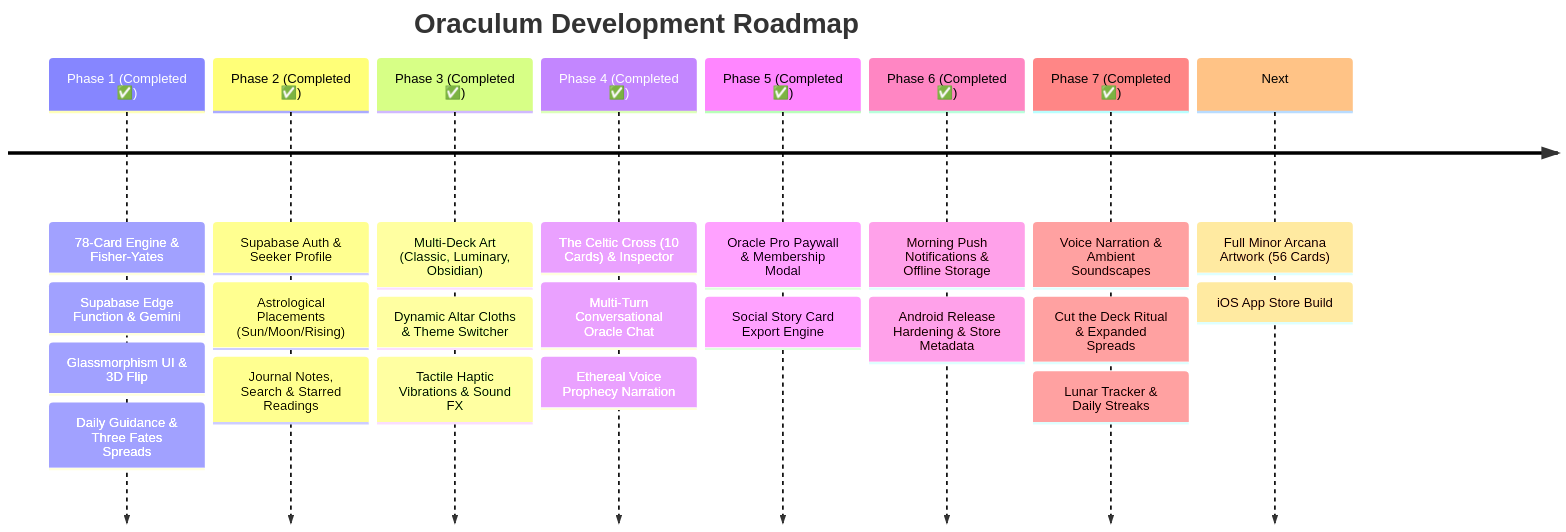
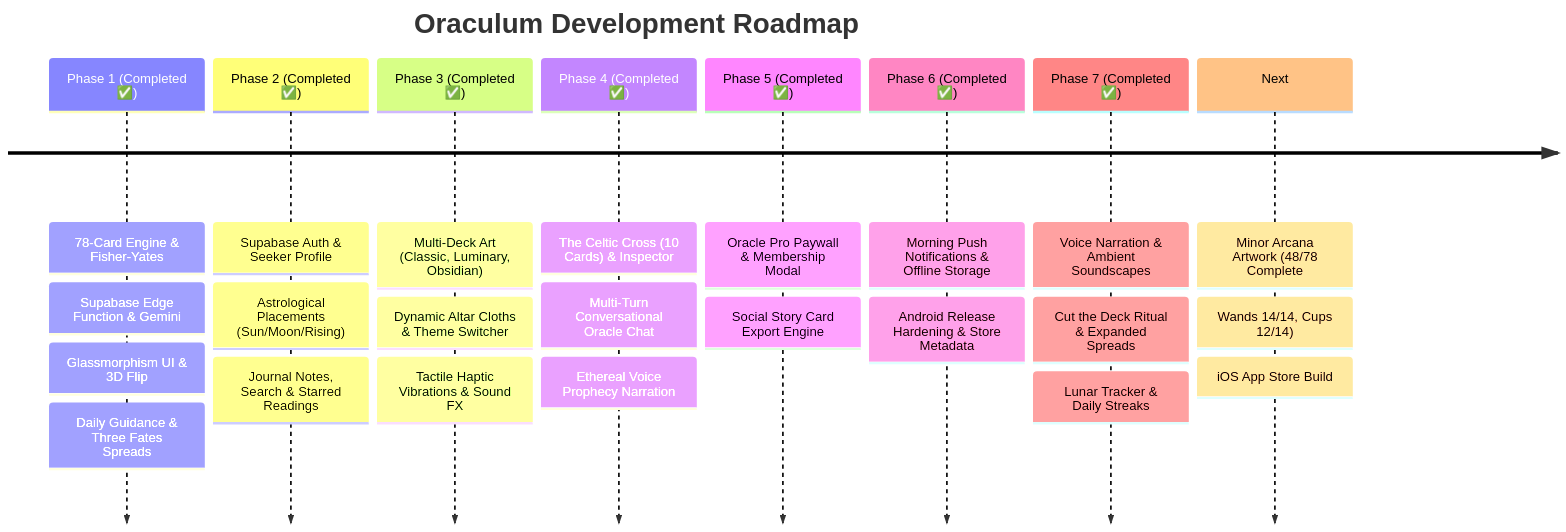
One commit to Dreke20/TarotApp changed the diagram in ROADMAP.md. Above: the diagram before and after it, drawn with Mermaid. The commit also changed other lines of this file and 12 other files, not shown here.

Commit message:
feat(art): complete Suit of Wands and add Cups 5-10, Page, and Knight (48/78 cards done)

````diff
--- a/ROADMAP.md
+++ b/ROADMAP.md
@@ -9,26 +9,26 @@
 ```mermaid
 timeline
     title Oraculum Development Roadmap
     Phase 1 (Completed ✅) : 78-Card Engine & Fisher-Yates
                           : Supabase Edge Function & Gemini
                           : Glassmorphism UI & 3D Flip
                           : Daily Guidance & Three Fates Spreads
     Phase 2 (Completed ✅) : Supabase Auth & Seeker Profile
                           : Astrological Placements (Sun/Moon/Rising)
                           : Journal Notes, Search & Starred Readings
     Phase 3 (Completed ✅) : Multi-Deck Art (Classic, Luminary, Obsidian)
                           : Dynamic Altar Cloths & Theme Switcher
                           : Tactile Haptic Vibrations & Sound FX
     Phase 4 (Completed ✅) : The Celtic Cross (10 Cards) & Inspector
                           : Multi-Turn Conversational Oracle Chat
                           : Ethereal Voice Prophecy Narration
     Phase 5 (Completed ✅) : Oracle Pro Paywall & Membership Modal
                           : Social Story Card Export Engine
     Phase 6 (Completed ✅) : Morning Push Notifications & Offline Storage
                           : Android Release Hardening & Store Metadata
     Phase 7 (Completed ✅) : Voice Narration & Ambient Soundscapes
                           : Cut the Deck Ritual & Expanded Spreads
                           : Lunar Tracker & Daily Streaks
-    Next                  : Full Minor Arcana Artwork (56 Cards)
+    Next                  : Minor Arcana Artwork (48/78 Complete: Wands 14/14, Cups 12/14)
                           : iOS App Store Build
 ```
````
